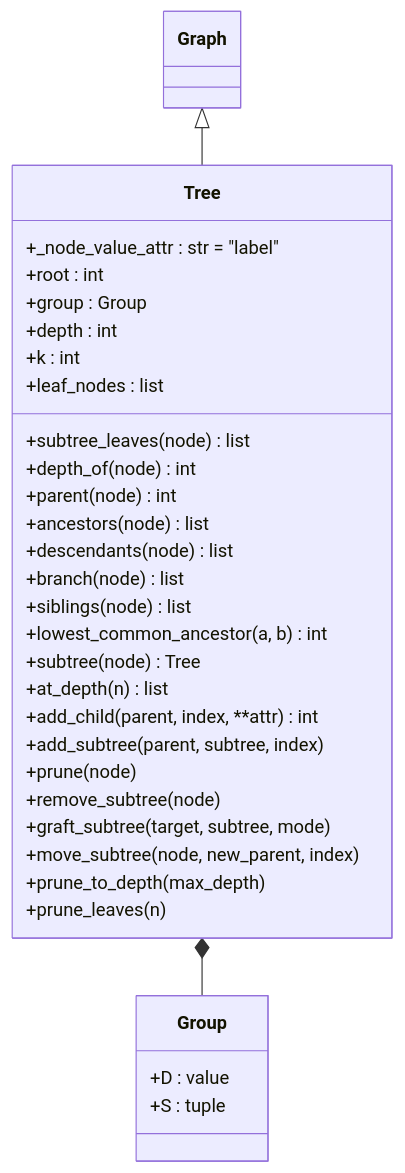
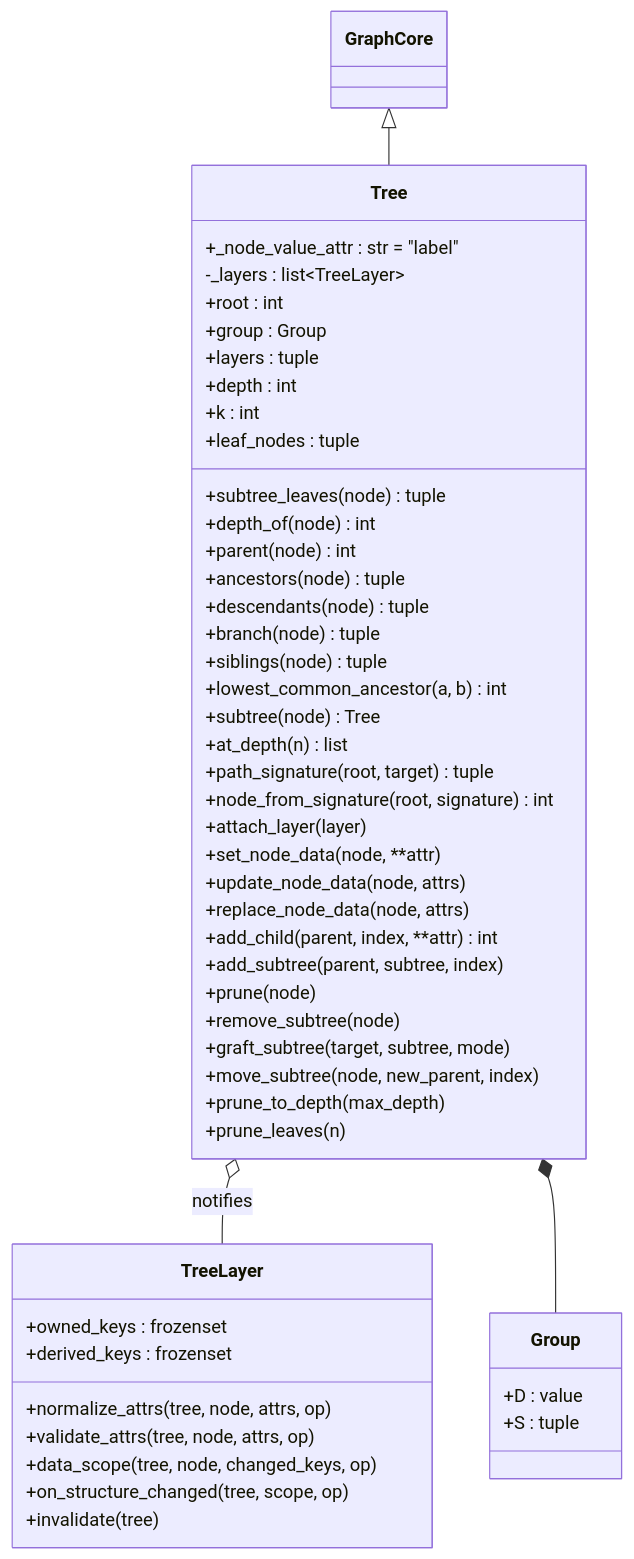
The second of 6 diagrams in docs/architecture/01_TOPOS.md (kr4g/Klotho), drawn with Mermaid before and after one commit. The commit also changed other lines of this file and 13 other files, not shown here.

First line of the commit message:
Overhaul architecture docs for Klotho 10.x API

````diff
--- a/docs/architecture/01_TOPOS.md
+++ b/docs/architecture/01_TOPOS.md
@@ -171,38 +198,57 @@
 ```mermaid
 classDiagram
-    Graph <|-- Tree
+    GraphCore <|-- Tree
 
     class Tree {
         +_node_value_attr : str = "label"
+        -_layers : list~TreeLayer~
         +root : int
         +group : Group
+        +layers : tuple
         +depth : int
         +k : int
-        +leaf_nodes : list
-        +subtree_leaves(node) list
+        +leaf_nodes : tuple
+        +subtree_leaves(node) tuple
         +depth_of(node) int
         +parent(node) int
-        +ancestors(node) list
-        +descendants(node) list
-        +branch(node) list
-        +siblings(node) list
+        +ancestors(node) tuple
+        +descendants(node) tuple
+        +branch(node) tuple
+        +siblings(node) tuple
         +lowest_common_ancestor(a, b) int
         +subtree(node) Tree
         +at_depth(n) list
+        +path_signature(root, target) tuple
+        +node_from_signature(root, signature) int
+        +attach_layer(layer)
+        +set_node_data(node, **attr)
+        +update_node_data(node, attrs)
+        +replace_node_data(node, attrs)
         +add_child(parent, index, **attr) int
         +add_subtree(parent, subtree, index)
         +prune(node)
         +remove_subtree(node)
         +graft_subtree(target, subtree, mode)
         +move_subtree(node, new_parent, index)
         +prune_to_depth(max_depth)
         +prune_leaves(n)
     }
 
+    class TreeLayer {
+        +owned_keys : frozenset
+        +derived_keys : frozenset
+        +normalize_attrs(tree, node, attrs, op)
+        +validate_attrs(tree, node, attrs, op)
+        +data_scope(tree, node, changed_keys, op)
+        +on_structure_changed(tree, scope, op)
+        +invalidate(tree)
+    }
+
     class Group {
         +D : value
         +S : tuple
     }
 
+    Tree o-- TreeLayer : notifies
     Tree *-- Group
 ```
````
